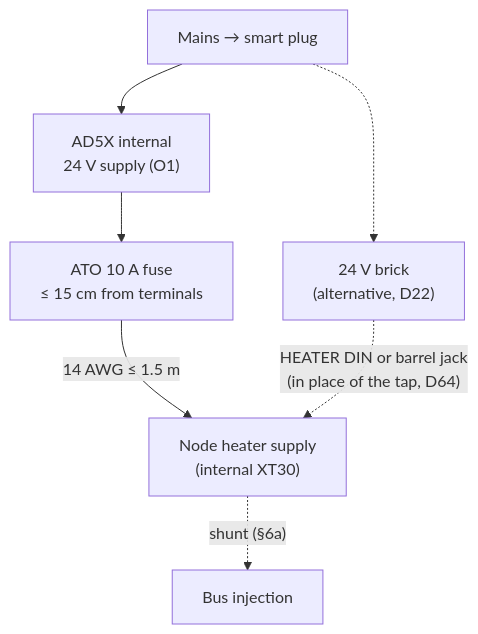
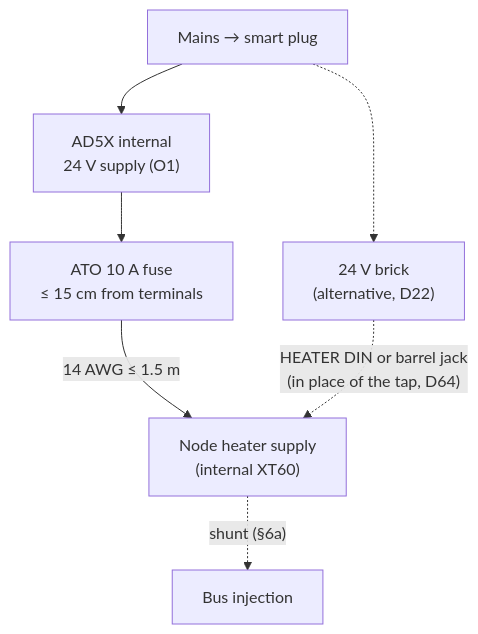
The second of 3 diagrams in docs/04_wiring_and_pinouts.md (BashfulBits/3dp-fleet-exhaust), drawn with Mermaid before and after one commit. The commit also changed other lines of this file and 9 other files, not shown here.

````diff
--- a/docs/04_wiring_and_pinouts.md
+++ b/docs/04_wiring_and_pinouts.md
@@ -22,9 +22,9 @@
 ```mermaid
 flowchart TB
   SP["Mains → smart plug"] --> AD["AD5X internal<br>24 V supply (O1)"]
   AD --> FU["ATO 10 A fuse<br>≤ 15 cm from terminals"]
-  FU -->|"14 AWG ≤ 1.5 m"| N["Node heater supply<br>(internal XT30)"]
+  FU -->|"14 AWG ≤ 1.5 m"| N["Node heater supply<br>(internal XT60)"]
   SP -.-> BRK["24 V brick<br>(alternative, D22)"]
   BRK -.->|"HEATER DIN or barrel jack<br>(in place of the tap, D64)"| N
   N -.->|"shunt (§6a)"| BUS["Bus injection"]
 ```
````
